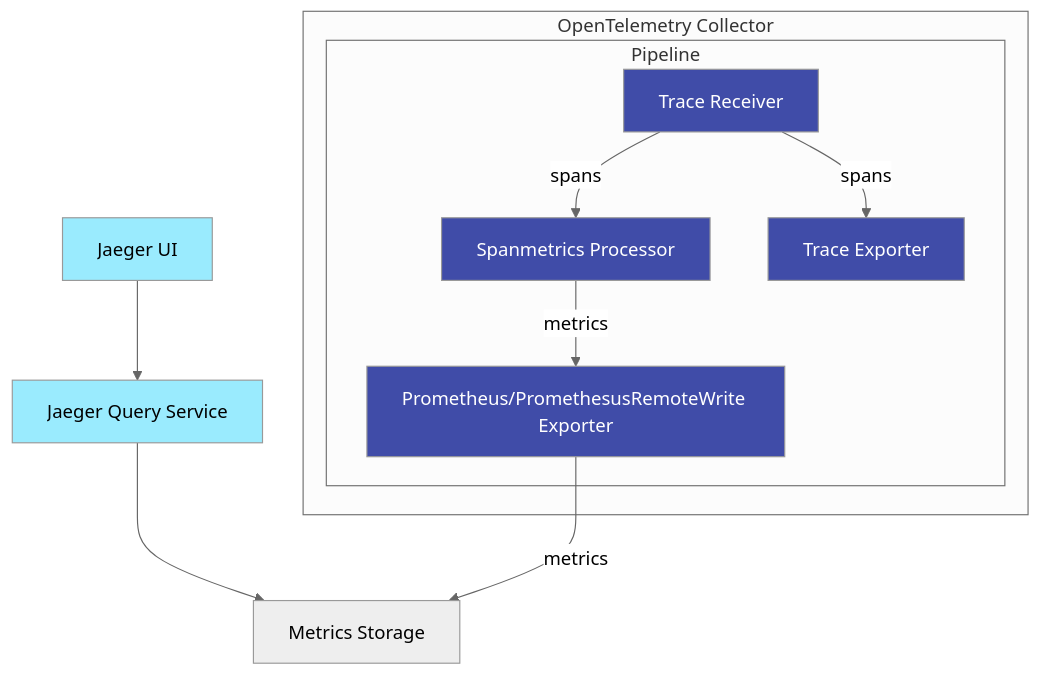
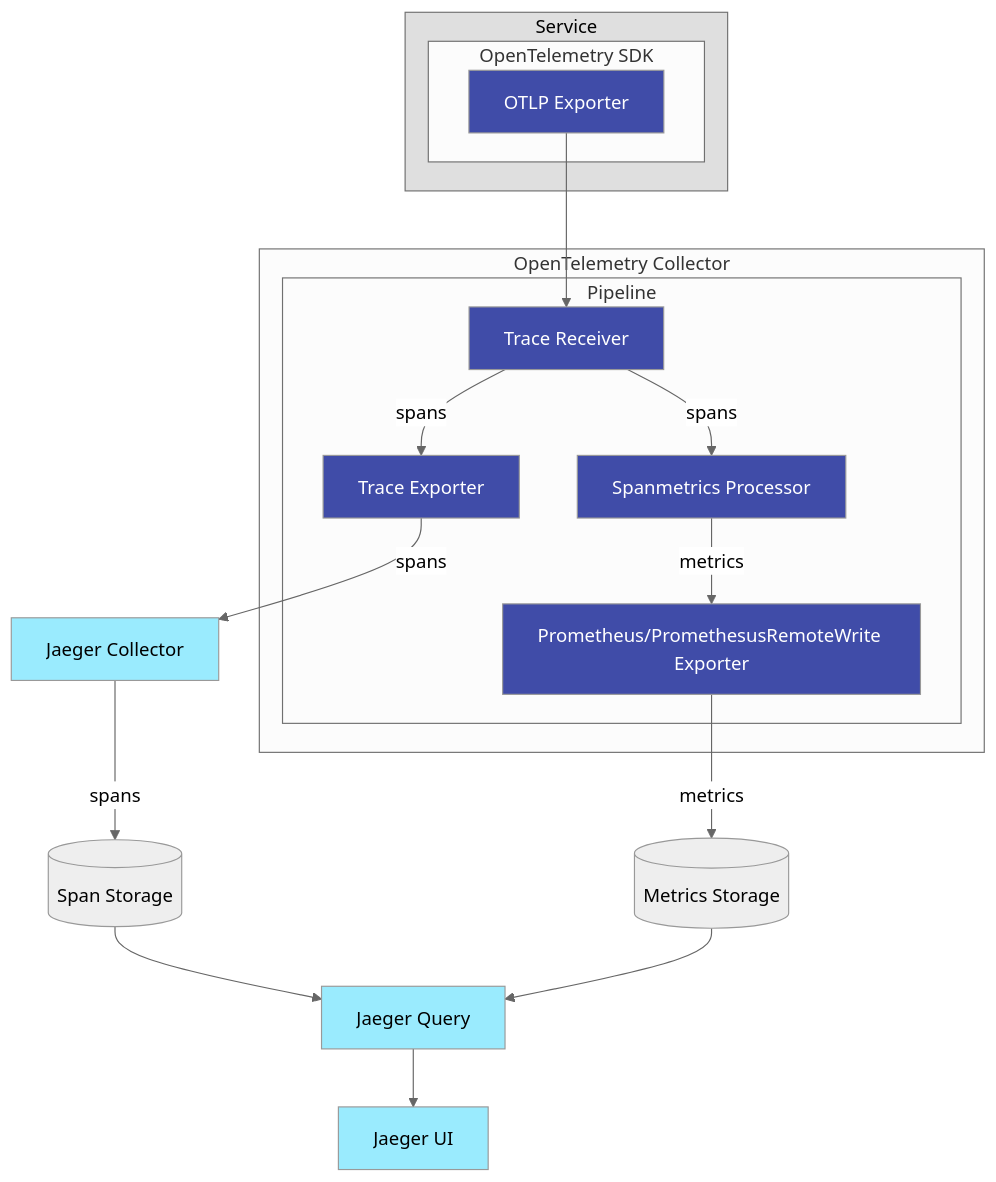
One commit to jaegertracing/documentation changed the diagram in content/docs/next-release/spm.md. Above: the diagram before and after it, drawn with Mermaid (neutral theme).

Commit message:
Add SDK, collector and trace storage in arch diagram (#617)
## Which problem is this PR solving?
- Resolves #616

## Short description of the changes
- Adds OTEL SDK, OTLP exporter, Jaeger collector and trace storage to
architecture diagram to provide a more complete picture of the
components involved for SPM.

Rendered diagram:

<img width="783" alt="Screenshot 2023-03-11 at 7 30 03 am"
src="https://user-images.githubusercontent.com/26584478/224422491-a9a6b33f-37b8-492d-9fd7-deb6da47c5bf.png">

---------

```diff
--- a/content/docs/next-release/spm.md
+++ b/content/docs/next-release/spm.md
@@ -70,24 +70,42 @@
 {{<mermaid align="center">}}
 graph
+    OTLP_EXPORTER[OTLP Exporter] --> TRACE_RECEIVER
+
+    subgraph Service
+        subgraph OpenTelemetry SDK
+            OTLP_EXPORTER
+        end
+    end
+
     TRACE_RECEIVER[Trace Receiver] --> |spans| SPANMETRICS_PROC[Spanmetrics Processor]
     TRACE_RECEIVER --> |spans| TRACE_EXPORTER[Trace Exporter]
+    TRACE_EXPORTER --> |spans| COLLECTOR[Jaeger Collector]
     SPANMETRICS_PROC --> |metrics| PROMETHEUS_EXPORTER[Prometheus/PromethesusRemoteWrite Exporter]
-    UI[Jaeger UI] --> QUERY
-    QUERY[Jaeger Query Service] --> METRICS_STORE[Metrics Storage]
-    PROMETHEUS_EXPORTER --> |metrics| METRICS_STORE
+    PROMETHEUS_EXPORTER --> |metrics| METRICS_STORE[(Metrics Storage)]
+
+    COLLECTOR --> |spans| SPAN_STORE[(Span Storage)]
+    SPAN_STORE --> QUERY[Jaeger Query]
+    METRICS_STORE --> QUERY
+    QUERY --> UI[Jaeger UI]
+
     subgraph OpenTelemetry Collector
         subgraph Pipeline
             TRACE_RECEIVER
             SPANMETRICS_PROC
             TRACE_EXPORTER
             PROMETHEUS_EXPORTER
         end
     end
+
+    style Service fill:#DFDFDF,color:black
+
+    style OTLP_EXPORTER fill:#404CA8,color:white
+    style TRACE_RECEIVER fill:#404CA8,color:white
+    style TRACE_EXPORTER fill:#404CA8,color:white
+    style SPANMETRICS_PROC fill:#404CA8,color:white
+    style PROMETHEUS_EXPORTER fill:#404CA8,color:white
+
     style UI fill:#9AEBFE,color:black
     style QUERY fill:#9AEBFE,color:black
-
-    style TRACE_RECEIVER fill:#404ca8,color:white
-    style TRACE_EXPORTER fill:#404ca8,color:white
-    style SPANMETRICS_PROC fill:#404ca8,color:white
-    style PROMETHEUS_EXPORTER fill:#404ca8,color:white
+    style COLLECTOR fill:#9AEBFE,color:black
 {{< /mermaid >}}
```
